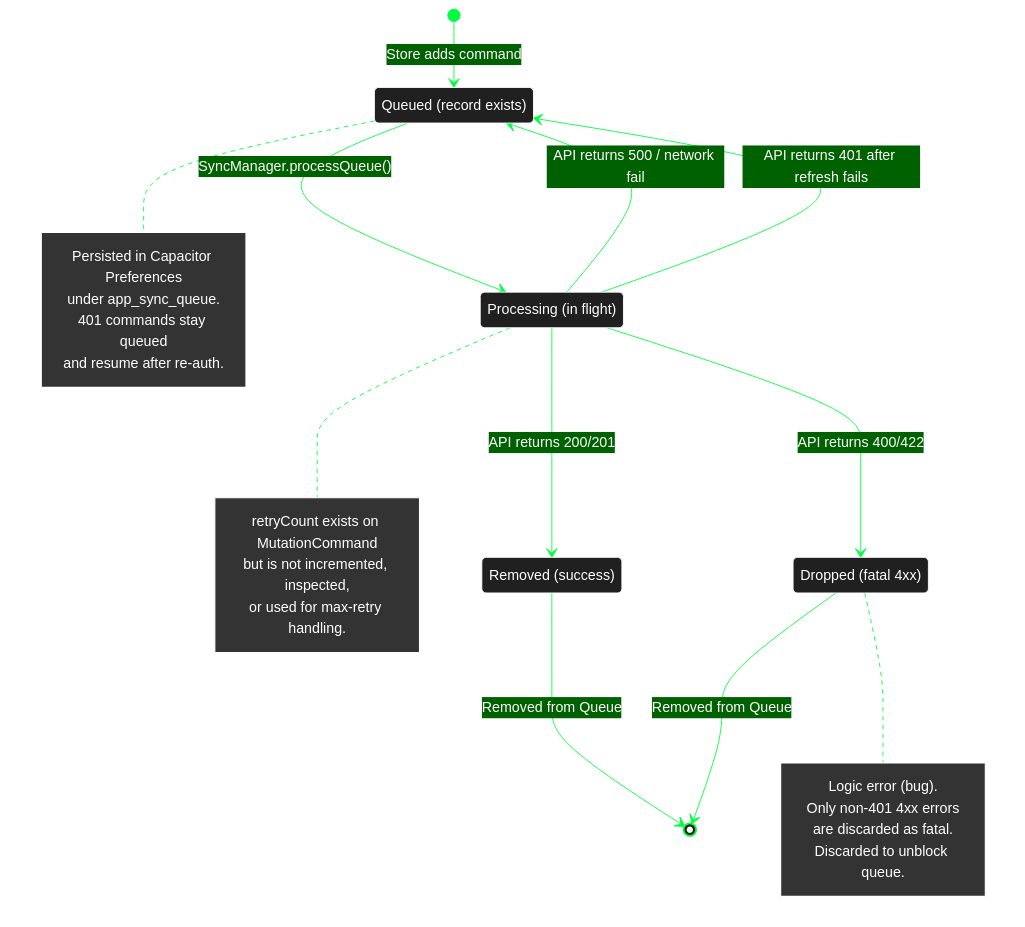
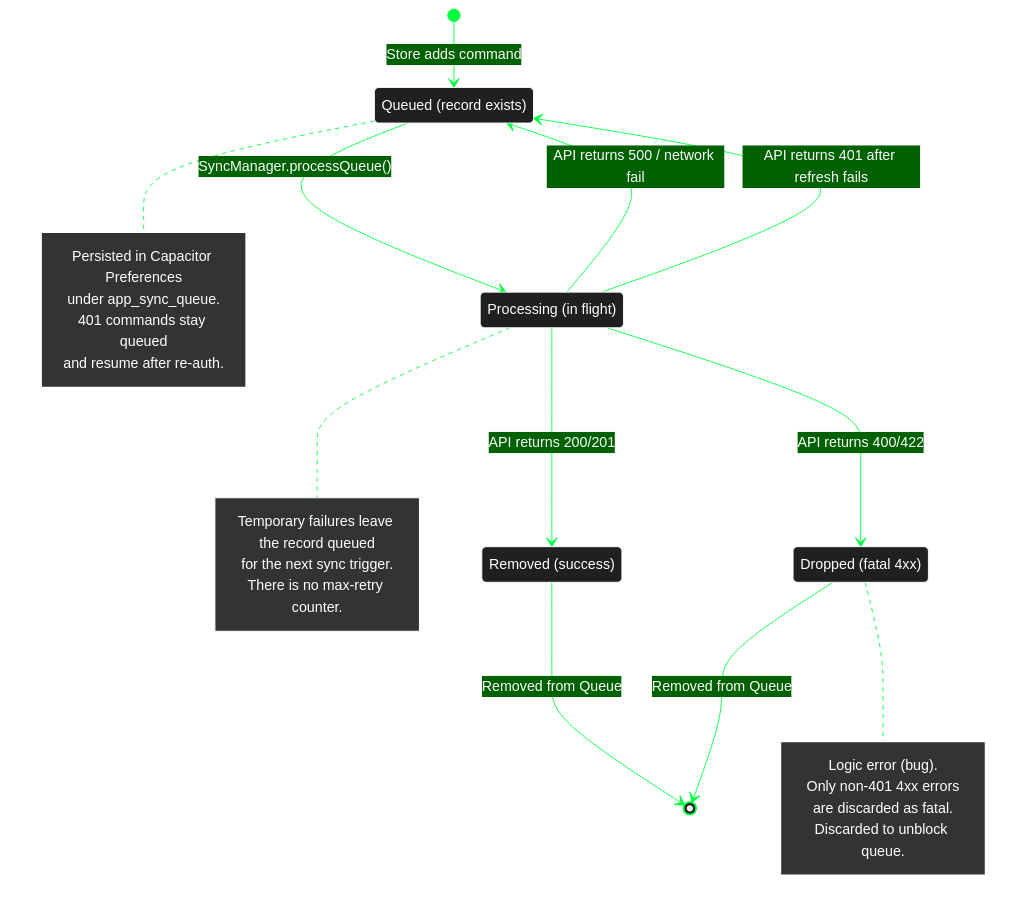
One commit to michaelgreenl/tally-tracker changed the diagram in docs/diagrams/lifecycle/mutation-command.md. Above: the diagram before and after it, drawn with Mermaid. The commit also changed 3 other files, not shown here.

Commit message:
refactor: remove sync retry count

````diff
--- a/docs/diagrams/lifecycle/mutation-command.md
+++ b/docs/diagrams/lifecycle/mutation-command.md
@@ -5,56 +5,56 @@
 ```mermaid
 %%{
   init: {
     'theme': 'base',
     'themeVariables': {
       'primaryColor': '#202020',
       'primaryTextColor': '#fff',
       'primaryBorderColor': '#ffffff',
       'lineColor': '#00ff41',
       'secondaryColor': '#006100',
       'tertiaryColor': '#fff',
       'noteBkgColor': '#333',
       'noteTextColor': '#fff',
       'noteBorderColor': '#fff'
     }
   }
 }%%
 
 stateDiagram-v2
     [*] --> Pending: Store adds command
 
     state "Queued (record exists)" as Pending
     state "Processing (in flight)" as Processing
     state "Removed (success)" as Completed
     state "Dropped (fatal 4xx)" as Dropped
 
     Pending --> Processing: SyncManager.processQueue()
 
     Processing --> Completed: API returns 200/201
     Processing --> Pending: API returns 500 / network fail
     Processing --> Pending: API returns 401 after refresh fails
     Processing --> Dropped: API returns 400/422
 
     Completed --> [*]: Removed from Queue
     Dropped --> [*]: Removed from Queue
 
     note right of Pending
         Persisted in Capacitor Preferences
         under app_sync_queue.
         401 commands stay queued
         and resume after re-auth.
     end note
 
     note right of Processing
-        retryCount exists on MutationCommand
-        but is not incremented, inspected,
-        or used for max-retry handling.
+        Temporary failures leave the record queued
+        for the next sync trigger.
+        There is no max-retry counter.
     end note
 
     note right of Dropped
         Logic error (bug).
         Only non-401 4xx errors
         are discarded as fatal.
         Discarded to unblock queue.
     end note
 ```
````
